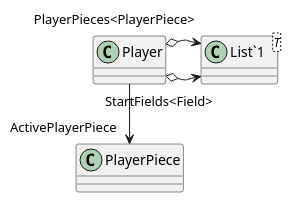
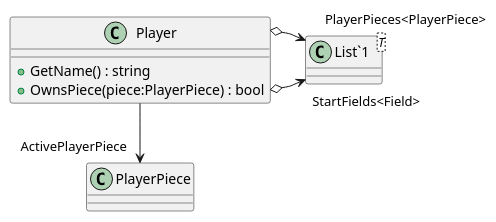
The diagram in Barricade/Models/Player.puml (Evert-Arends/barricadegameModel3), drawn with PlantUML before and after one commit. The commit also changed 21 other files, not shown here.

```diff
--- a/Barricade/Models/Player.puml
+++ b/Barricade/Models/Player.puml
@@ -1,9 +1,11 @@
 @startuml
 class Player {
+    + GetName() : string
+    + OwnsPiece(piece:PlayerPiece) : bool
 }
 class "List`1"<T> {
 }
 Player o-> "StartFields<Field>" "List`1"
 Player o-> "PlayerPieces<PlayerPiece>" "List`1"
 Player --> "ActivePlayerPiece" PlayerPiece
 @enduml
```
